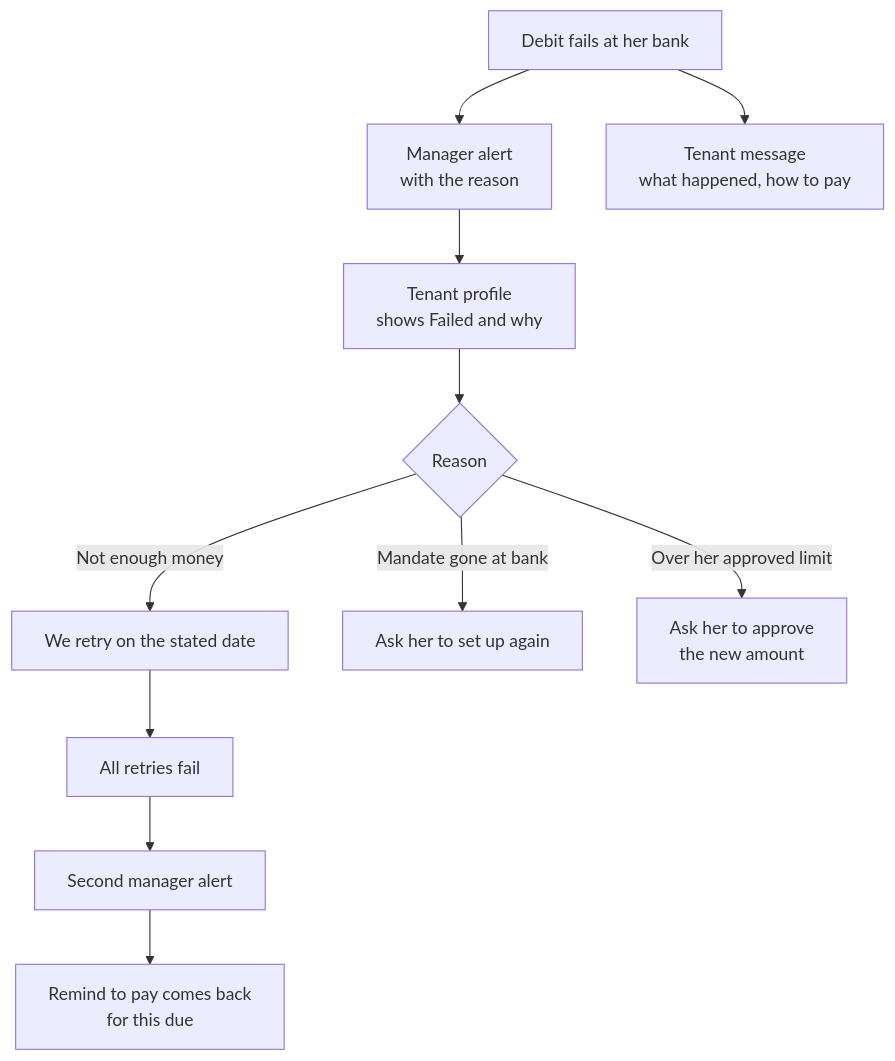
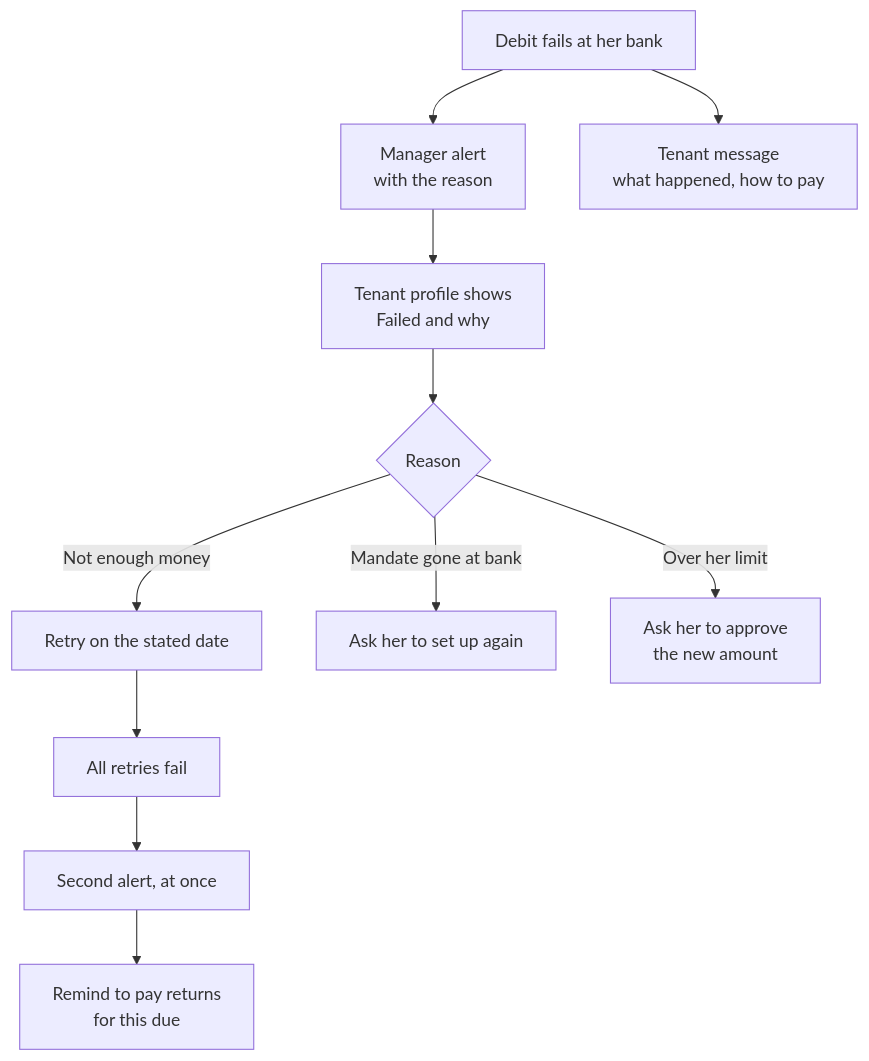
One commit to eazyapp-tech/rentok-autopay changed the third of 4 diagrams in surfaces/manager-app.md. Above: the diagram before and after it, drawn with Mermaid. The commit also changed other lines of this file and 3 other files, not shown here.

````diff
--- a/surfaces/manager-app.md
+++ b/surfaces/manager-app.md
@@ -100,13 +107,13 @@
 ```mermaid
 flowchart TD
     A[Debit fails at her bank] --> B[Manager alert<br/>with the reason]
     A --> C[Tenant message<br/>what happened, how to pay]
-    B --> D[Tenant profile<br/>shows Failed and why]
+    B --> D[Tenant profile shows<br/>Failed and why]
     D --> E{Reason}
-    E -- Not enough money --> F[We retry on the stated date]
+    E -- Not enough money --> F[Retry on the stated date]
     E -- Mandate gone at bank --> G[Ask her to set up again]
-    E -- Over her approved limit --> H[Ask her to approve<br/>the new amount]
+    E -- Over her limit --> H[Ask her to approve<br/>the new amount]
     F --> I[All retries fail]
-    I --> J[Second manager alert]
-    J --> K[Remind to pay comes back<br/>for this due]
+    I --> J[Second alert, at once]
+    J --> K[Remind to pay returns<br/>for this due]
 ```
````
